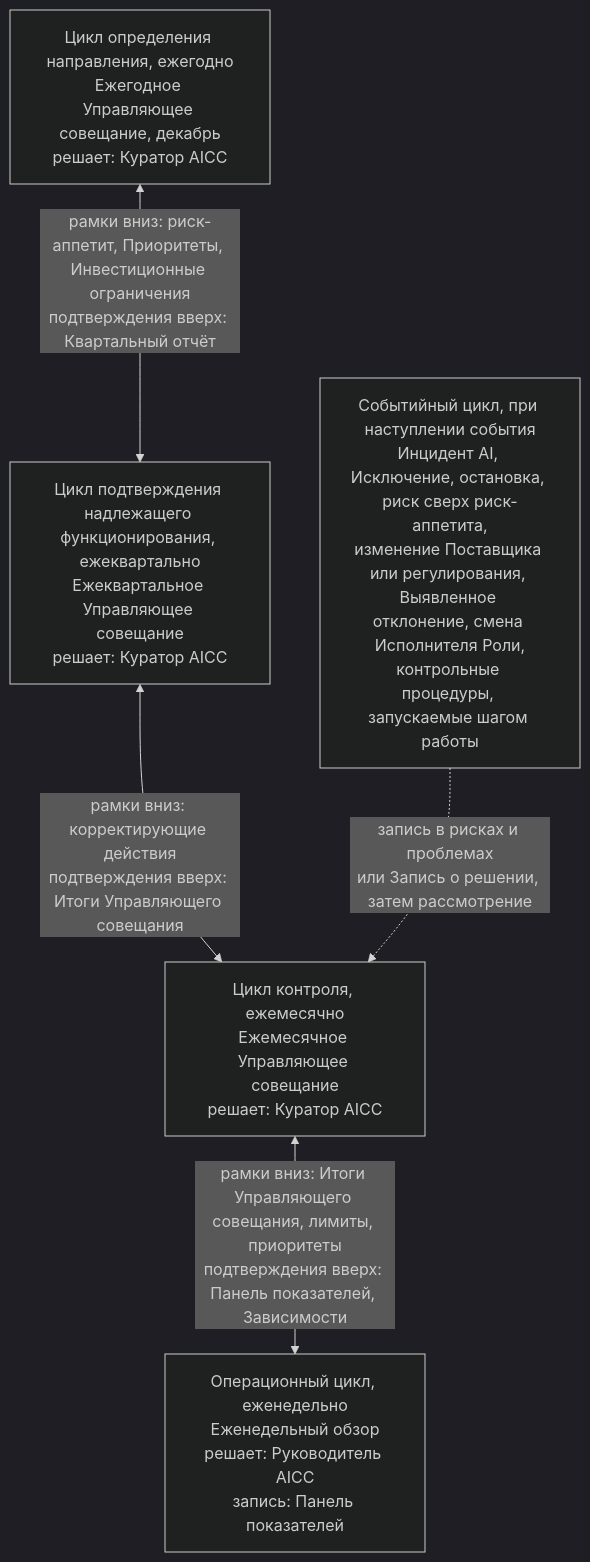
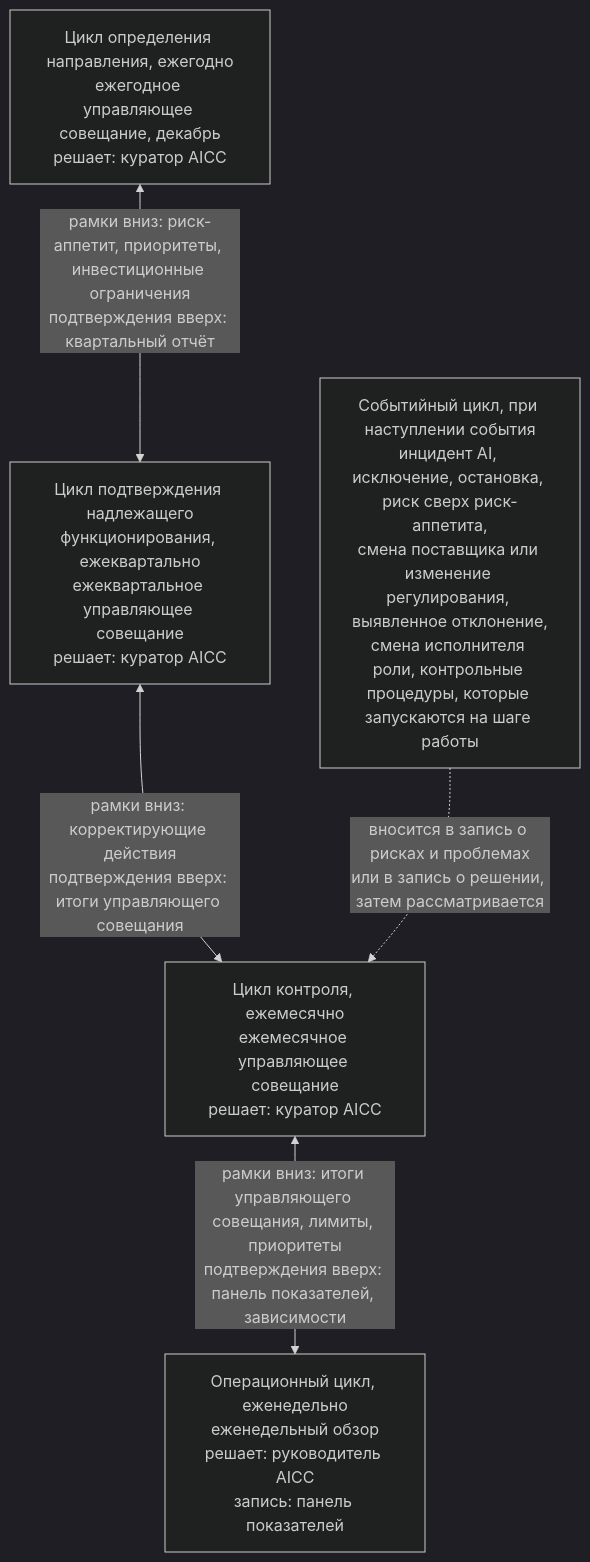
One commit to devhogu/ob-aicc changed the second of 3 diagrams in charter/ru/guides/unit-governance-guide.md. Above: the diagram before and after it, drawn with Mermaid (dark theme). The commit also changed other lines of this file and 6 other files, not shown here.

````diff
--- a/charter/ru/guides/unit-governance-guide.md
+++ b/charter/ru/guides/unit-governance-guide.md
@@ -52,12 +52,12 @@
 ```mermaid
 flowchart TB
-  DI["Цикл определения направления, ежегодно<br/>Ежегодное Управляющее совещание, декабрь<br/>решает: Куратор AICC"]
-  AS["Цикл подтверждения надлежащего функционирования, ежеквартально<br/>Ежеквартальное Управляющее совещание<br/>решает: Куратор AICC"]
-  CO["Цикл контроля, ежемесячно<br/>Ежемесячное Управляющее совещание<br/>решает: Куратор AICC"]
-  OP["Операционный цикл, еженедельно<br/>Еженедельный обзор<br/>решает: Руководитель AICC<br/>запись: Панель показателей"]
-  DI <-->|"рамки вниз: риск-аппетит, Приоритеты, Инвестиционные ограничения<br/>подтверждения вверх: Квартальный отчёт"| AS
-  AS <-->|"рамки вниз: корректирующие действия<br/>подтверждения вверх: Итоги Управляющего совещания"| CO
-  CO <-->|"рамки вниз: Итоги Управляющего совещания, лимиты, приоритеты<br/>подтверждения вверх: Панель показателей, Зависимости"| OP
-  EV["Событийный цикл, при наступлении события<br/>Инцидент AI, Исключение, остановка, риск сверх риск-аппетита,<br/>изменение Поставщика или регулирования, Выявленное отклонение, смена Исполнителя Роли,<br/>контрольные процедуры, запускаемые шагом работы"]
-  EV -.->|"запись в рисках и проблемах<br/>или Запись о решении, затем рассмотрение"| CO
+  DI["Цикл определения направления, ежегодно<br/>ежегодное управляющее совещание, декабрь<br/>решает: куратор AICC"]
+  AS["Цикл подтверждения надлежащего<br/>функционирования, ежеквартально<br/>ежеквартальное управляющее совещание<br/>решает: куратор AICC"]
+  CO["Цикл контроля, ежемесячно<br/>ежемесячное управляющее совещание<br/>решает: куратор AICC"]
+  OP["Операционный цикл, еженедельно<br/>еженедельный обзор<br/>решает: руководитель AICC<br/>запись: панель показателей"]
+  DI <-->|"рамки вниз: риск-аппетит, приоритеты, инвестиционные ограничения<br/>подтверждения вверх: квартальный отчёт"| AS
+  AS <-->|"рамки вниз: корректирующие действия<br/>подтверждения вверх: итоги управляющего совещания"| CO
+  CO <-->|"рамки вниз: итоги управляющего совещания, лимиты, приоритеты<br/>подтверждения вверх: панель показателей, зависимости"| OP
+  EV["Событийный цикл, при наступлении события<br/>инцидент AI, исключение, остановка, риск сверх риск-аппетита,<br/>смена поставщика или изменение регулирования, выявленное отклонение,<br/>смена исполнителя роли, контрольные процедуры, которые запускаются на шаге работы"]
+  EV -.->|"вносится в запись о рисках и проблемах<br/>или в запись о решении, затем рассматривается"| CO
 ```
````
